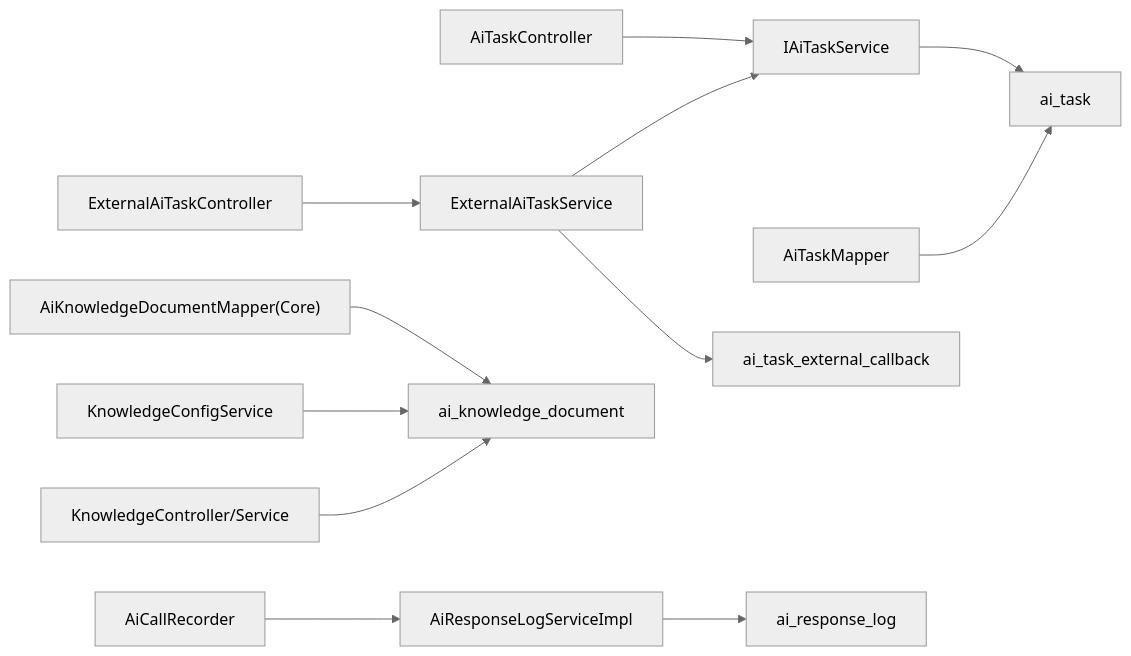
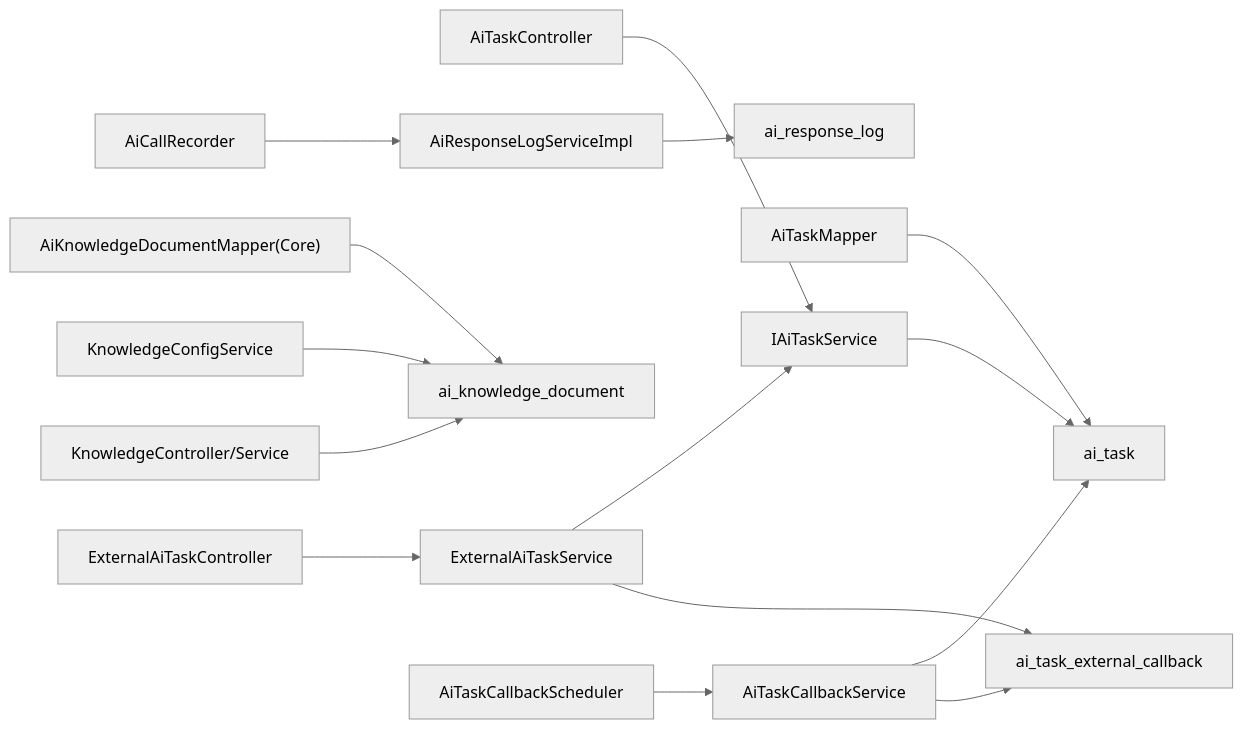
Before and after one commit to DrunkFood/First: the sixth of 6 diagrams in .qoder/repowiki/zh/content/数据库设计/AI任务相关数据.md, drawn with Mermaid (neutral theme). The commit also changed other lines of this file and 66 other files, not shown here.

````diff
--- a/.qoder/repowiki/zh/content/数据库设计/AI任务相关数据.md
+++ b/.qoder/repowiki/zh/content/数据库设计/AI任务相关数据.md
@@ -378,14 +404,17 @@
 ```mermaid
 graph LR
 CoreCtrl["AiTaskController"] --> CoreSvc["IAiTaskService"]
 CoreSvc --> DB["ai_task"]
 AISvc["AiTaskMapper"] --> DB
 Recorder["AiCallRecorder"] --> LogSvc["AiResponseLogServiceImpl"]
 LogSvc --> LogDB["ai_response_log"]
 AIKB["KnowledgeController/Service"] --> KBDB["ai_knowledge_document"]
 SupportKB["KnowledgeConfigService"] --> KBDB
 CoreKB["AiKnowledgeDocumentMapper(Core)"] --> KBDB
 ExtCtrl["ExternalAiTaskController"] --> ExtSvc["ExternalAiTaskService"]
 ExtSvc --> CallbackDB["ai_task_external_callback"]
 ExtSvc --> CoreSvc
+CallbackScheduler["AiTaskCallbackScheduler"] --> CallbackSvc["AiTaskCallbackService"]
+CallbackSvc --> CallbackDB
+CallbackSvc --> DB
 ```
````
